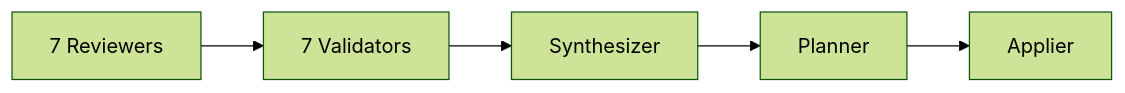
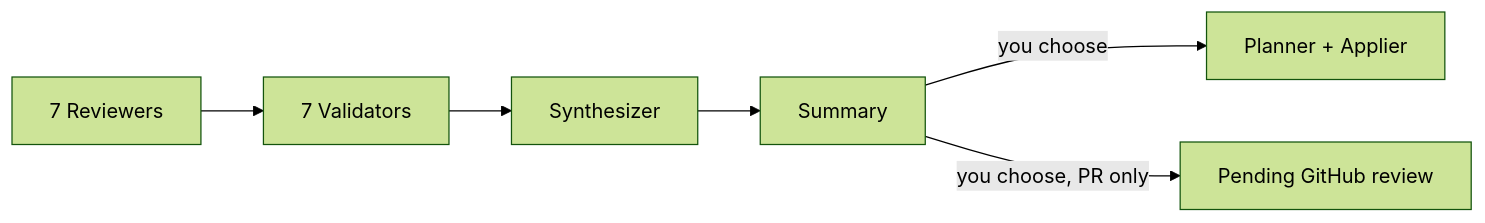
The diagram in README.md (iamrz1/deepreview-claude), drawn with Mermaid (forest theme) before and after one commit. The commit also changed other lines of this file and 11 other files, not shown here.

````diff
--- a/README.md
+++ b/README.md
@@ -64,7 +64,8 @@
 ```mermaid
 graph LR
     A[7 Reviewers] --> B[7 Validators]
     B --> C[Synthesizer]
-    C --> D[Planner]
-    D --> E[Applier]
+    C --> S[Summary]
+    S -->|you choose| D[Planner + Applier]
+    S -->|you choose, PR only| P[Pending GitHub review]
 ```
````
